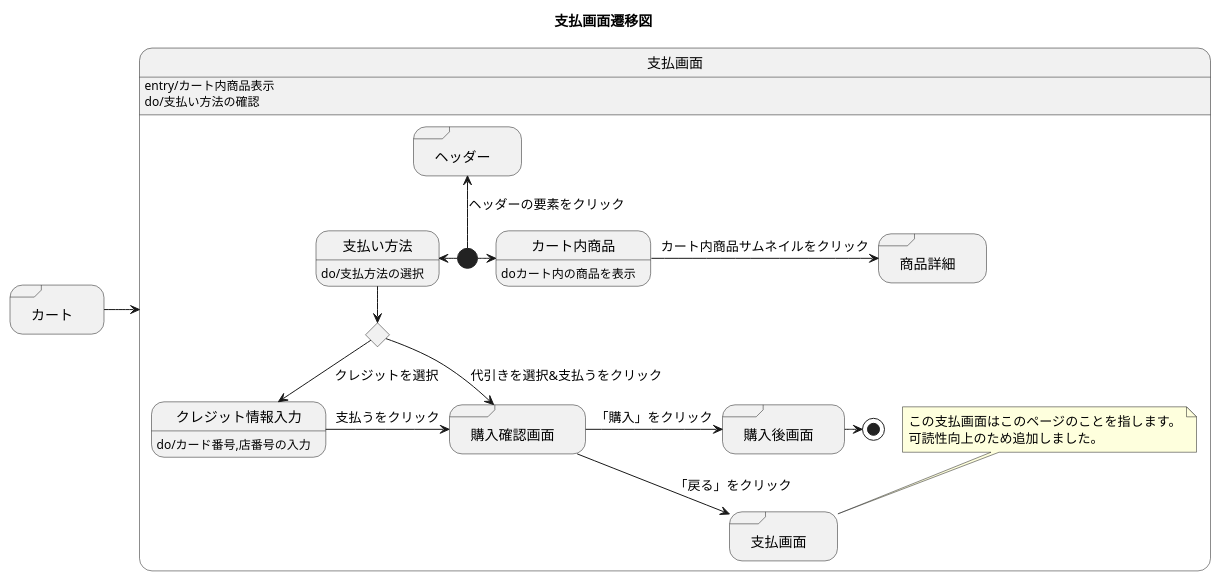
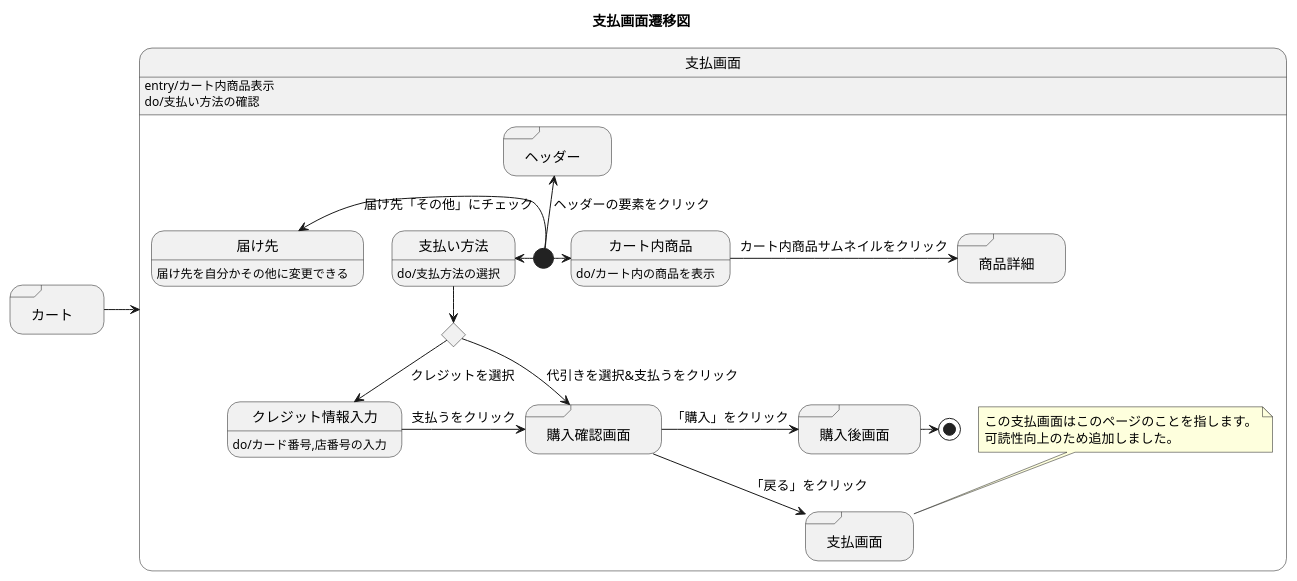
Before and after one commit to akutori/T-D-E: the diagram in 支払画面.md, drawn with PlantUML. The commit also changed 1 other file, not shown here.

Commit message:
遷移先追加

````diff
--- a/支払画面.md
+++ b/支払画面.md
@@ -1,39 +1,42 @@
 ```uml
 @startuml
 title 支払画面遷移図
 state 支払画面:entry/カート内商品表示
 state 支払画面:do/支払い方法の確認
 state "カート" as cart <<sdlreceive>>
 
 cart->支払画面
 
 state 支払画面{
     state input <<choice>>
     state "ヘッダー" as headder <<sdlreceive>>
     state "購入確認画面" as PurchaseConfirmation <<sdlreceive>>
     state "商品詳細" as detail <<sdlreceive>>
     state "購入後画面" as boughtpage <<sdlreceive>>
     state "支払画面" as Payment <<sdlreceive>>
     state 支払い方法:do/支払方法の選択
     state クレジット情報入力:do/カード番号,店番号の入力
-    state カート内商品:doカート内の商品を表示
+    state カート内商品:do/カート内の商品を表示
+    state 届け先:届け先を自分かその他に変更できる
+
 
     note top of Payment
         この支払画面はこのページのことを指します。
         可読性向上のため追加しました。
     end note
 
     [*]-left->支払い方法
     [*]->カート内商品
     [*]-up->headder : ヘッダーの要素をクリック
+    [*]-left->届け先 : 届け先「その他」にチェック
     支払い方法-->input
     input-> PurchaseConfirmation : 代引きを選択&支払うをクリック
     input--> クレジット情報入力 : クレジットを選択
     クレジット情報入力 -> PurchaseConfirmation : 支払うをクリック
     カート内商品->detail : カート内商品サムネイルをクリック
     PurchaseConfirmation -> boughtpage : 「購入」をクリック
     PurchaseConfirmation -->Payment  : 「戻る」をクリック
     boughtpage ->[*]
 }
 @enduml
 ```
````
